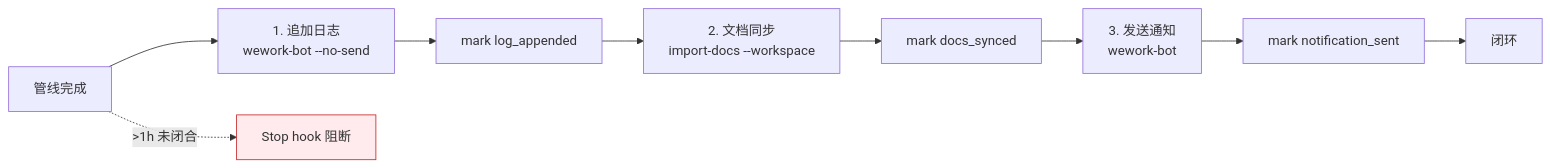
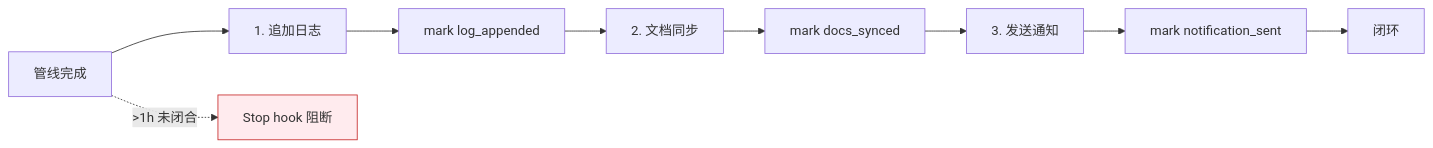
One commit to effiy/YrY changed the diagram in rules/delivery-gate.md. Above: the diagram before and after it, drawn with Mermaid. The commit also changed other lines of this file and 15 other files, not shown here.

````diff
--- a/rules/delivery-gate.md
+++ b/rules/delivery-gate.md
@@ -10,9 +11,9 @@
 ```mermaid
 flowchart LR
-    Done[管线完成] --> S1[1. 追加日志<br/>wework-bot --no-send] --> M1[mark log_appended]
-    M1 --> S2[2. 文档同步<br/>import-docs --workspace] --> M2[mark docs_synced]
-    M2 --> S3[3. 发送通知<br/>wework-bot] --> M3[mark notification_sent]
+    Done[管线完成] --> S1[1. 追加日志] --> M1[mark log_appended]
+    M1 --> S2[2. 文档同步] --> M2[mark docs_synced]
+    M2 --> S3[3. 发送通知] --> M3[mark notification_sent]
     M3 --> Closed[闭环]
-    Done -.>1h 未闭合.-> Stop[Stop hook 阻断]:::block
-    classDef block fill:#ffebee,stroke:#c62828;
+    Done -.>1h 未闭合.-> Stop[Stop hook 阻断]:::bad
+    classDef bad fill:#ffebee,stroke:#c62828;
 ```
````
